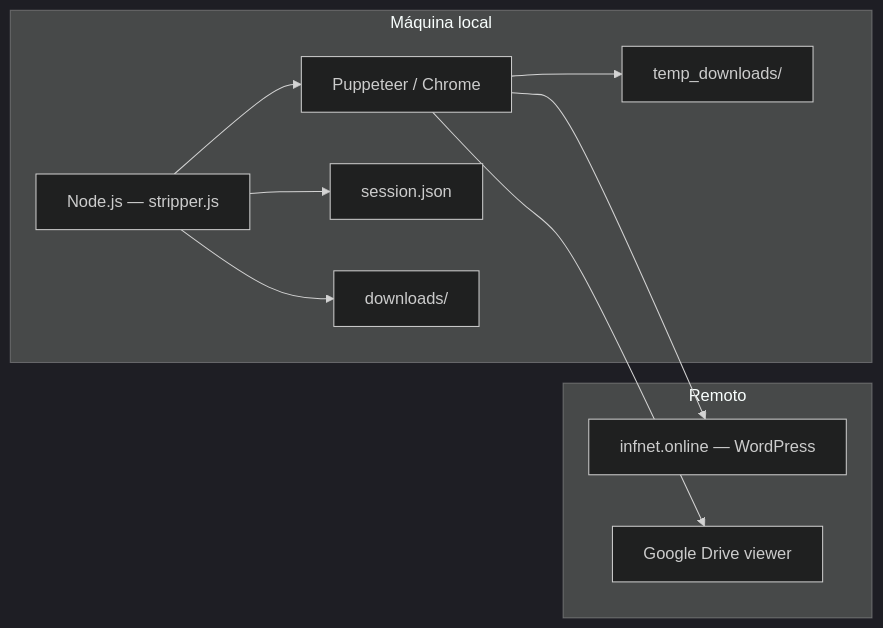
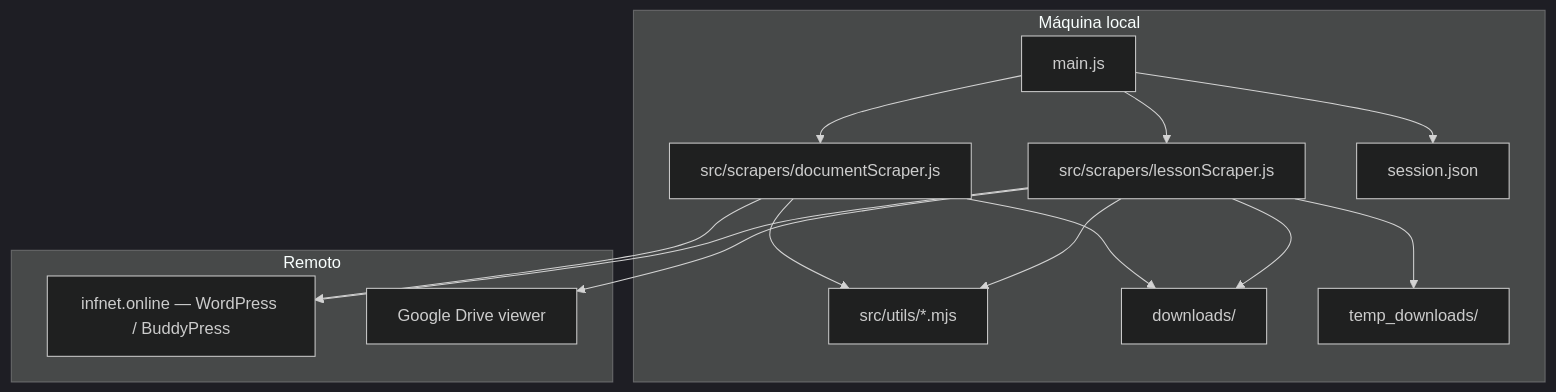
Before and after one commit to GaabDevWeb/STRIPPERscrapper: the first of 3 diagrams in documentation.md, drawn with Mermaid (dark theme). The commit also changed other lines of this file and 9 other files, not shown here.

Commit message:
Refactor project structure by migrating code to `src/` directory, updating `main.js` as the entry point, and removing obsolete files. Enhance documentation in `documentation.md` to reflect new architecture and scraper modules. Update `package.json` scripts for improved command usage.

````diff
--- a/documentation.md
+++ b/documentation.md
@@ -80,20 +90,27 @@
 ```mermaid
-graph LR
+graph TB
   subgraph Local["Máquina local"]
-    Node["Node.js — stripper.js"]
-    Puppeteer["Puppeteer / Chrome"]
+    Main["main.js"]
+    LS["src/scrapers/lessonScraper.js"]
+    DS["src/scrapers/documentScraper.js"]
+    U["src/utils/*.mjs"]
     Sess["session.json"]
     DL["downloads/"]
     TMP["temp_downloads/"]
   end
   subgraph Remote["Remoto"]
-    WP["infnet.online — WordPress"]
+    WP["infnet.online — WordPress / BuddyPress"]
     DRV["Google Drive viewer"]
   end
-  Node --> Puppeteer
-  Puppeteer --> WP
-  Puppeteer --> DRV
-  Node --> Sess
-  Puppeteer --> TMP
-  Node --> DL
+  Main --> LS
+  Main --> DS
+  LS --> U
+  DS --> U
+  Main --> Sess
+  LS --> TMP
+  LS --> DL
+  DS --> DL
+  LS --> WP
+  LS --> DRV
+  DS --> WP
 ```
````
